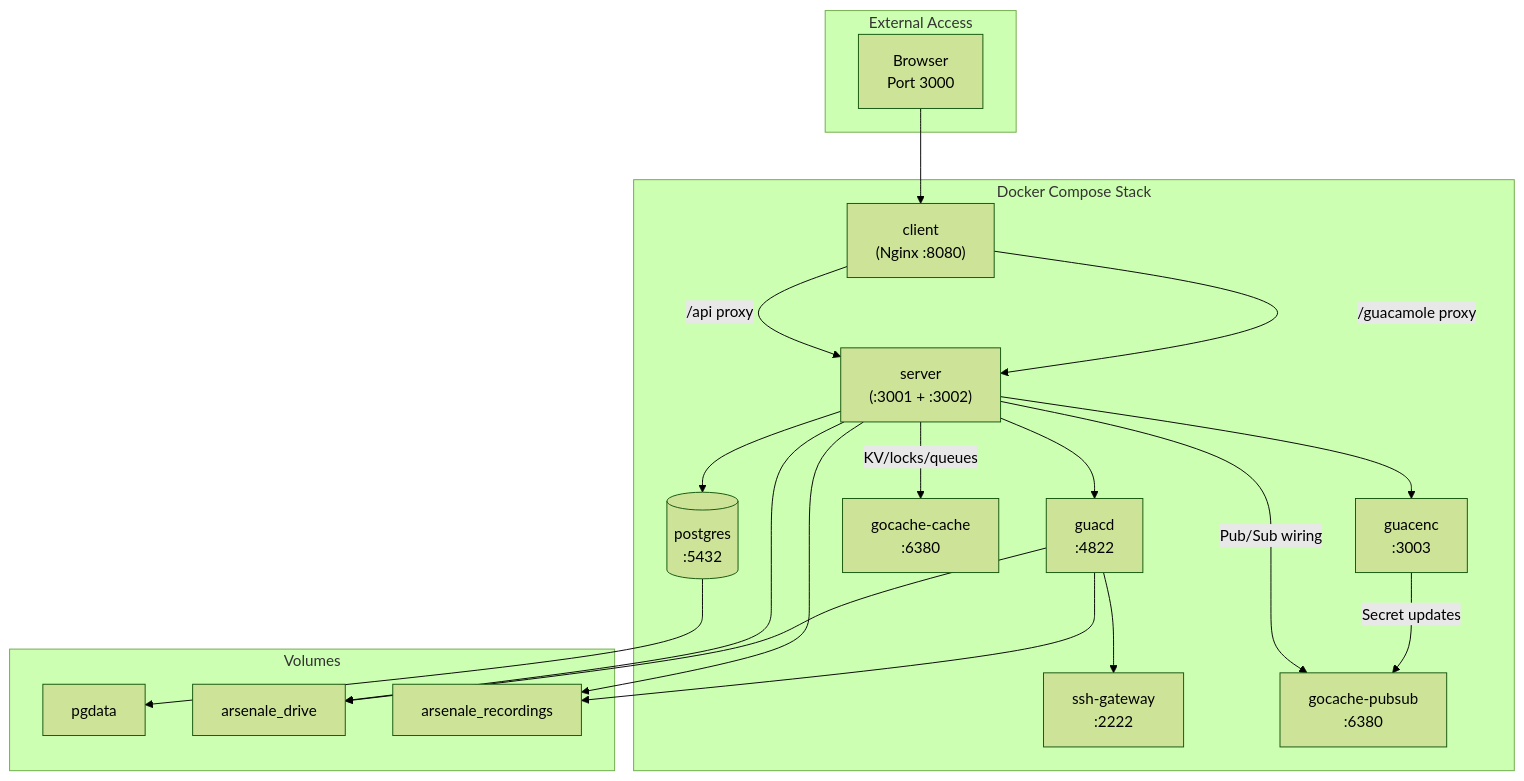
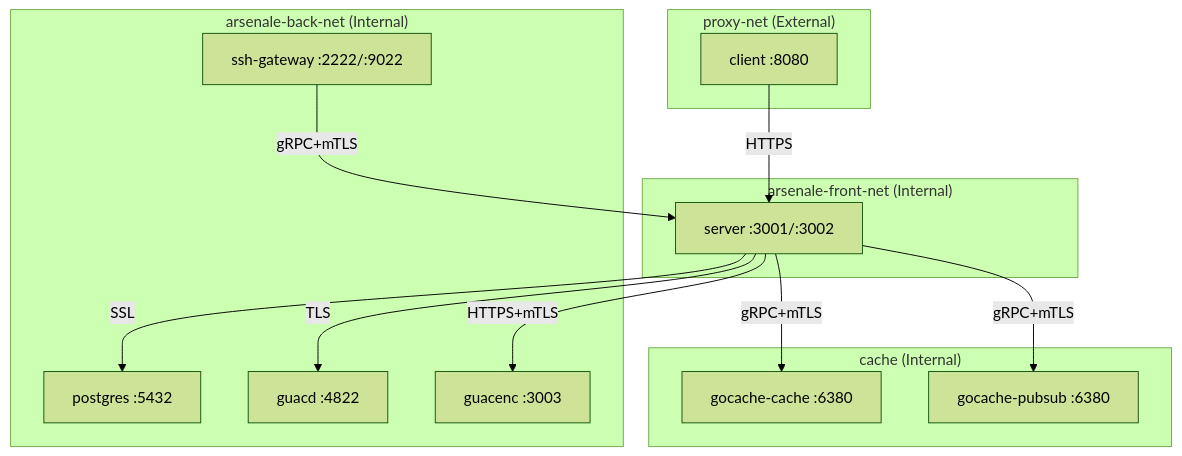
One commit to dnviti/remote-desktop-manager changed the second of 4 diagrams in docs/deployment.md. Above: the diagram before and after it, drawn with Mermaid (forest theme). The commit also changed other lines of this file and 38 other files, not shown here.

````diff
--- a/docs/deployment.md
+++ b/docs/deployment.md
@@ -46,40 +92,30 @@
 ```mermaid
 flowchart TD
-    subgraph External["External Access"]
-        Browser["Browser<br/>Port 3000"]
+    subgraph proxy["proxy-net (External)"]
+        Client["client :8080"]
     end
 
-    subgraph Stack["Docker Compose Stack"]
-        Client["client<br/>(Nginx :8080)"]
-        Server["server<br/>(:3001 + :3002)"]
-        Postgres[(postgres<br/>:5432)]
-        GuacD["guacd<br/>:4822"]
-        GuacEnc["guacenc<br/>:3003"]
-        SSHGw["ssh-gateway<br/>:2222"]
-        CacheSvc["gocache-cache<br/>:6380"]
-        PubSubSvc["gocache-pubsub<br/>:6380"]
+    subgraph front["arsenale-front-net (Internal)"]
+        Server["server :3001/:3002"]
     end
 
-    Browser --> Client
-    Client -->|/api proxy| Server
-    Client -->|/guacamole proxy| Server
-    Server --> Postgres
-    Server -->|KV/locks/queues| CacheSvc
-    Server -->|Pub/Sub wiring| PubSubSvc
-    Server --> GuacD
-    Server --> GuacEnc
-    GuacEnc -->|Secret updates| PubSubSvc
-    GuacD --> SSHGw
-
-    subgraph Volumes
-        pgdata["pgdata"]
-        drive["arsenale_drive"]
-        recordings["arsenale_recordings"]
+    subgraph back["arsenale-back-net (Internal)"]
+        Postgres["postgres :5432"]
+        Guacd["guacd :4822"]
+        SSHGw["ssh-gateway :2222/:9022"]
+        Guacenc["guacenc :3003"]
     end
 
-    Postgres --> pgdata
-    Server --> drive
-    Server --> recordings
-    GuacD --> drive
-    GuacD --> recordings
+    subgraph cache["cache (Internal)"]
+        KV["gocache-cache :6380"]
+        PubSub["gocache-pubsub :6380"]
+    end
+
+    Client -->|"HTTPS"| Server
+    Server -->|"SSL"| Postgres
+    Server -->|"TLS"| Guacd
+    Server -->|"gRPC+mTLS"| KV
+    Server -->|"gRPC+mTLS"| PubSub
+    Server -->|"HTTPS+mTLS"| Guacenc
+    SSHGw -->|"gRPC+mTLS"| Server
 ```
````
